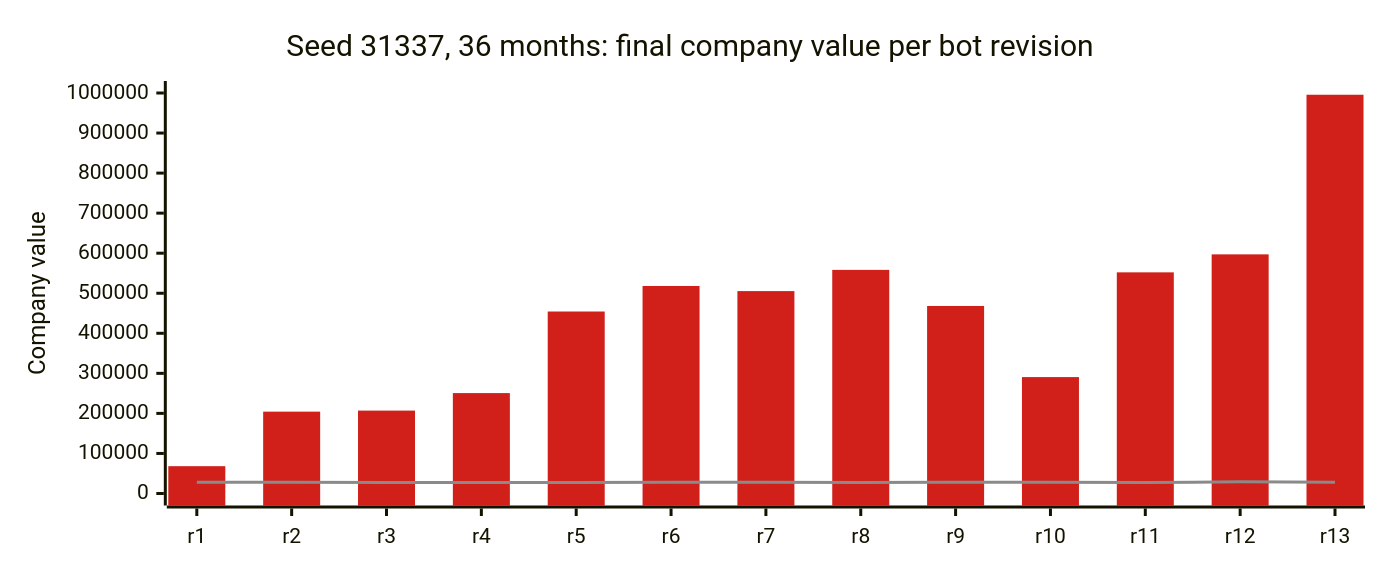
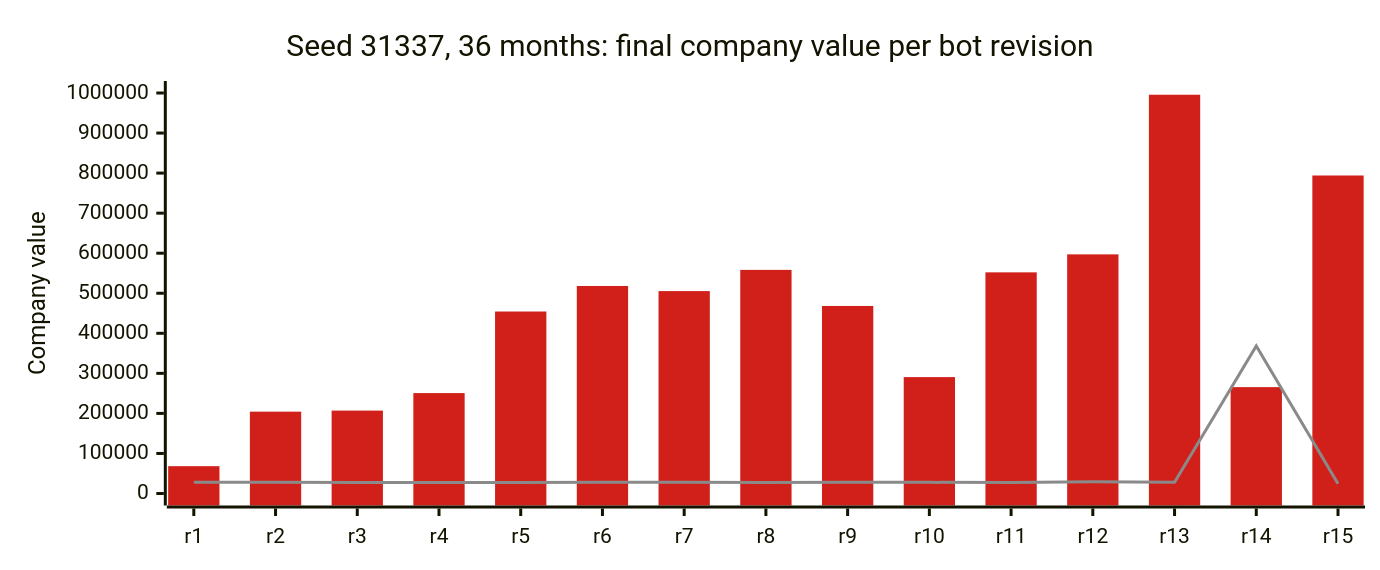
The first of 8 diagrams in README.md (OpenTTD/OpenTTD), drawn with Mermaid before and after one commit. The commit also changed other lines of this file and 13 other files, not shown here.

````diff
--- a/README.md
+++ b/README.md
@@ -64,17 +64,17 @@
 ```mermaid
 ---
 config:
   xyChart:
     width: 900
     height: 360
   themeVariables:
     xyChart:
       plotColorPalette: "#d11f1a, #8a8a8a"
 ---
 xychart-beta
     title "Seed 31337, 36 months: final company value per bot revision"
-    x-axis ["r1", "r2", "r3", "r4", "r5", "r6", "r7", "r8", "r9", "r10", "r11", "r12", "r13"]
+    x-axis ["r1", "r2", "r3", "r4", "r5", "r6", "r7", "r8", "r9", "r10", "r11", "r12", "r13", "r14", "r15"]
     y-axis "Company value" 0 --> 1000000
-    bar [68229, 204356, 206995, 250716, 454403, 518138, 505369, 558331, 468228, 290634, 552182, 597075, 995647]
-    line [28293, 28129, 27716, 27768, 27228, 27849, 27943, 27408, 28331, 27853, 27247, 29139, 27870]
+    bar [68229, 204356, 206995, 250716, 454403, 518138, 505369, 558331, 468228, 290634, 552182, 597075, 995647, 265599, 794015]
+    line [28293, 28129, 27716, 27768, 27228, 27849, 27943, 27408, 28331, 27853, 27247, 29139, 27870, 368425, 24469]
 ```
````
